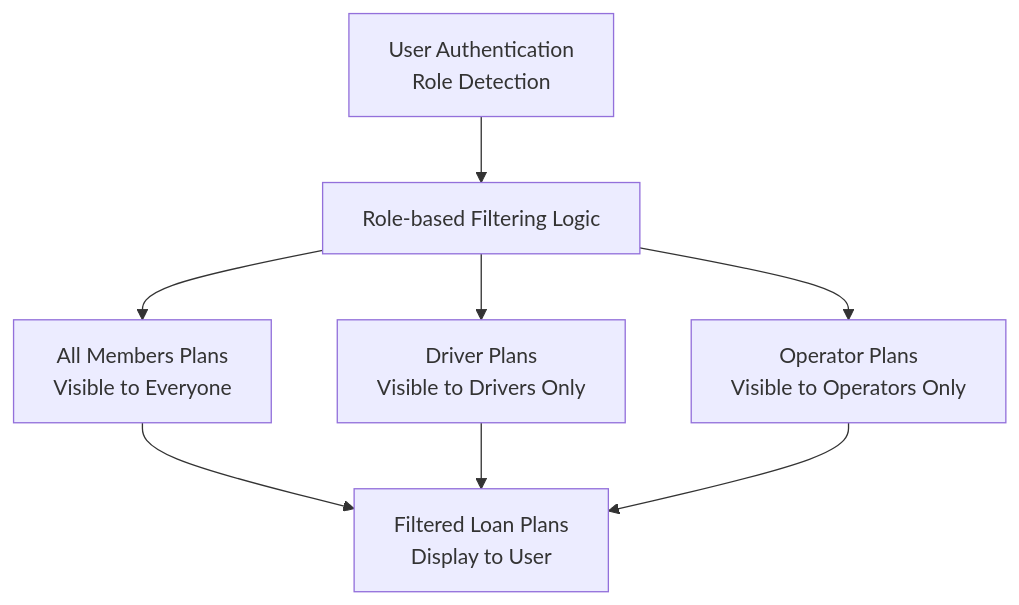
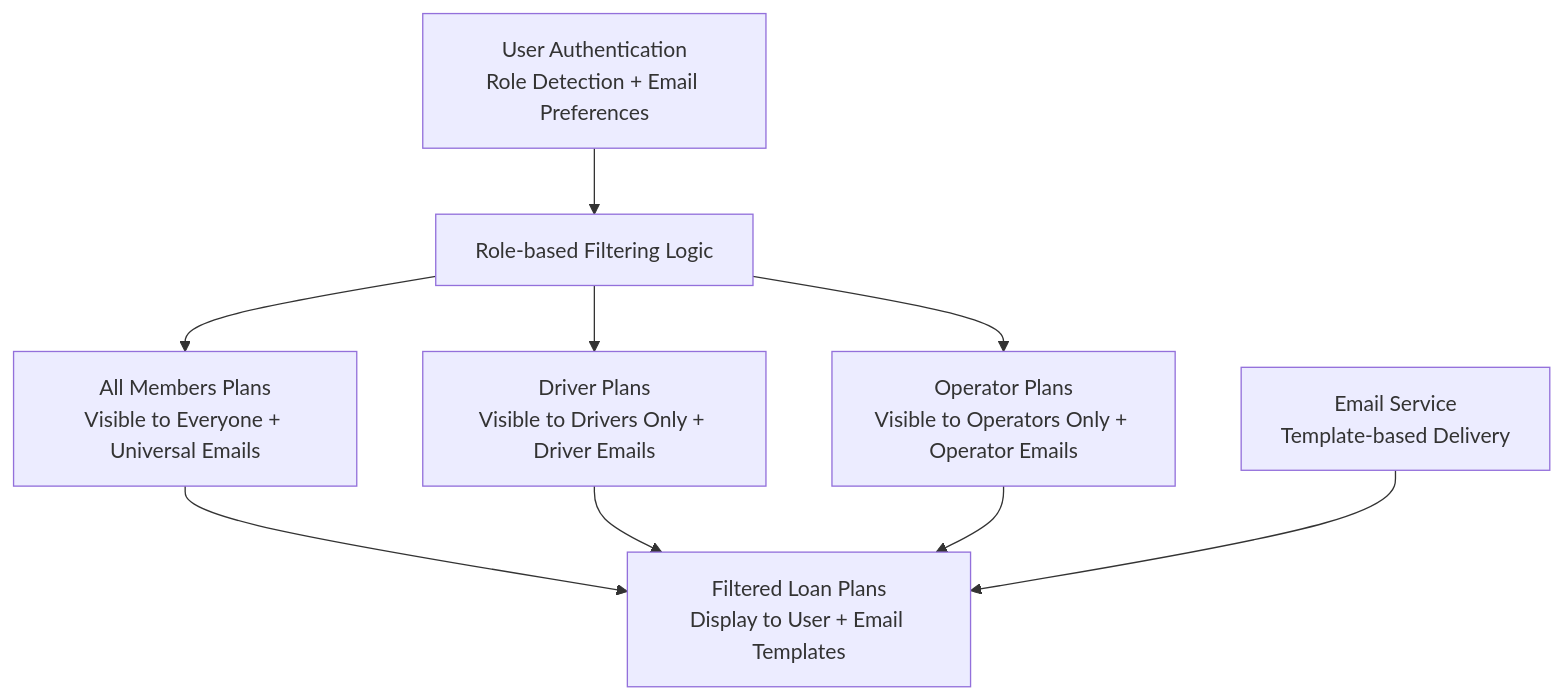
The third of 3 diagrams in .qoder/repowiki/en/content/Project Overview/Core Features & Functionality/Loan Management System.md (Unsure-bry/sampacoop_system), drawn with Mermaid before and after one commit. The commit also changed other lines of this file and 12 other files, not shown here.

````diff
--- a/.qoder/repowiki/en/content/Project Overview/Core Features & Functionality/Loan Management System.md
+++ b/.qoder/repowiki/en/content/Project Overview/Core Features & Functionality/Loan Management System.md
@@ -300,10 +332,11 @@
 ```mermaid
 graph TB
-USER["User Authentication<br/>Role Detection"] --> FILTER["Role-based Filtering Logic"]
-FILTER --> ALLMEMBERS["All Members Plans<br/>Visible to Everyone"]
-FILTER --> DRIVER["Driver Plans<br/>Visible to Drivers Only"]
-FILTER --> OPERATOR["Operator Plans<br/>Visible to Operators Only"]
-ALLMEMBERS --> DISPLAY["Filtered Loan Plans<br/>Display to User"]
+USER["User Authentication<br/>Role Detection + Email Preferences"] --> FILTER["Role-based Filtering Logic"]
+FILTER --> ALLMEMBERS["All Members Plans<br/>Visible to Everyone + Universal Emails"]
+FILTER --> DRIVER["Driver Plans<br/>Visible to Drivers Only + Driver Emails"]
+FILTER --> OPERATOR["Operator Plans<br/>Visible to Operators Only + Operator Emails"]
+ALLMEMBERS --> DISPLAY["Filtered Loan Plans<br/>Display to User + Email Templates"]
 DRIVER --> DISPLAY
 OPERATOR --> DISPLAY
+EMAILSERVICE["Email Service<br/>Template-based Delivery"] --> DISPLAY
 ```
````
